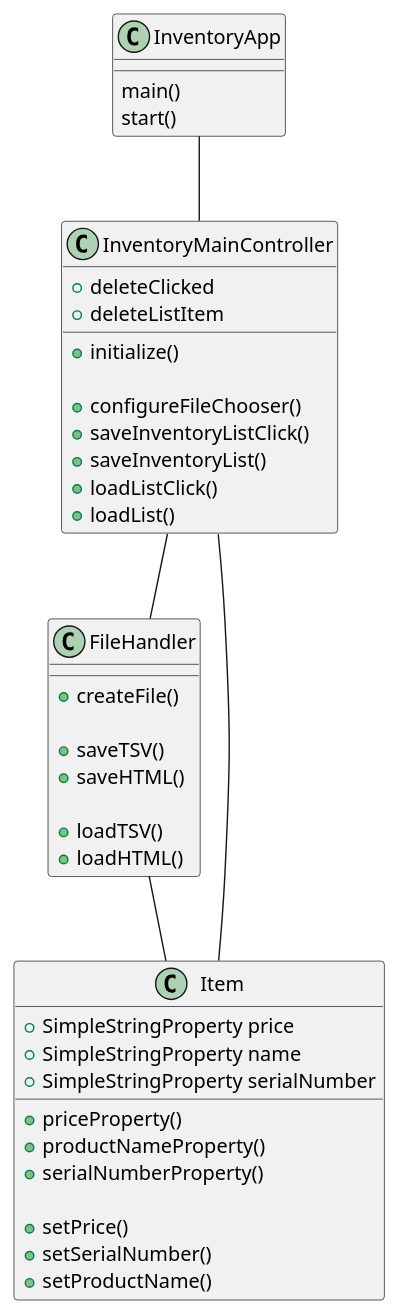
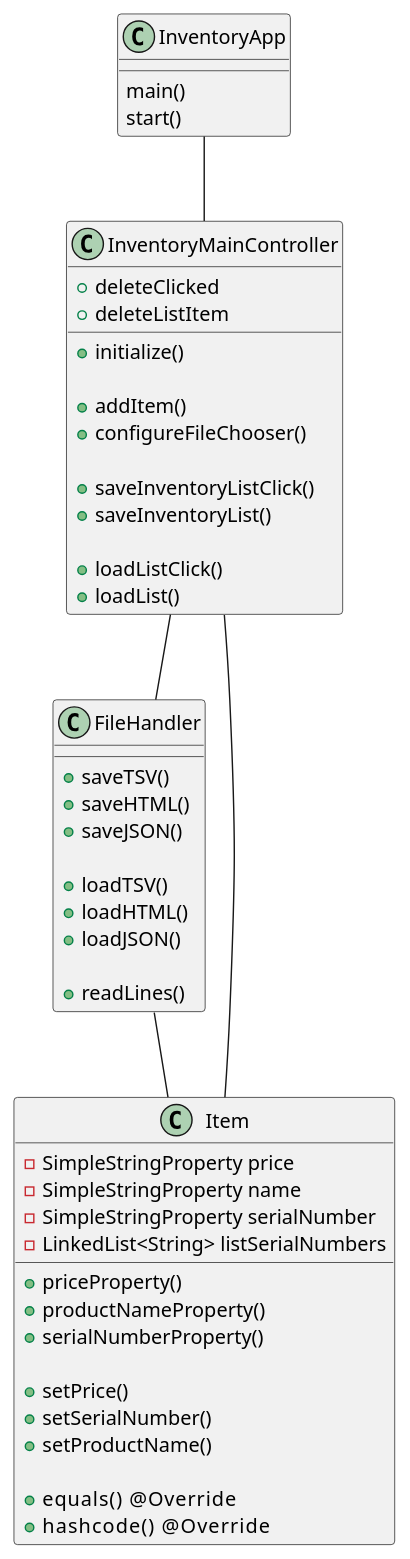
One commit to AndresCKF/Rosales-7752-a5 changed the diagram in UML/InventoryApp.puml. Above: the diagram before and after it, drawn with PlantUML. The commit also changed 3 other files, not shown here.

```diff
--- a/UML/InventoryApp.puml
+++ b/UML/InventoryApp.puml
@@ -1,46 +1,56 @@
 @startuml
 class InventoryApp{
     main()
     start()
 }
 class FileHandler{
-    +createFile()
 
     +saveTSV()
     +saveHTML()
+    +saveJSON()
 
     +loadTSV()
     +loadHTML()
+    +loadJSON()
+
+    +readLines()
 }
 class InventoryMainController{
     +initialize()
 
+    +addItem()
+    +deleteClicked
+    +deleteListItem
+
     +configureFileChooser()
+
     +saveInventoryListClick()
     +saveInventoryList()
+
     +loadListClick()
     +loadList()
 
-    +deleteClicked
-    +deleteListItem
-
-
 }
 class Item{
-    +SimpleStringProperty price
-    +SimpleStringProperty name
-    +SimpleStringProperty serialNumber
+    -SimpleStringProperty price
+    -SimpleStringProperty name
+    -SimpleStringProperty serialNumber
+    -LinkedList<String> listSerialNumbers
 
     +priceProperty()
     +productNameProperty()
     +serialNumberProperty()
 
     +setPrice()
     +setSerialNumber()
     +setProductName()
+
+    +equals()    @Override
+    +hashcode()     @Override
+
 }
 InventoryApp -- InventoryMainController
 InventoryMainController -- FileHandler
 InventoryMainController -- Item
 FileHandler -- Item
 @enduml
```
